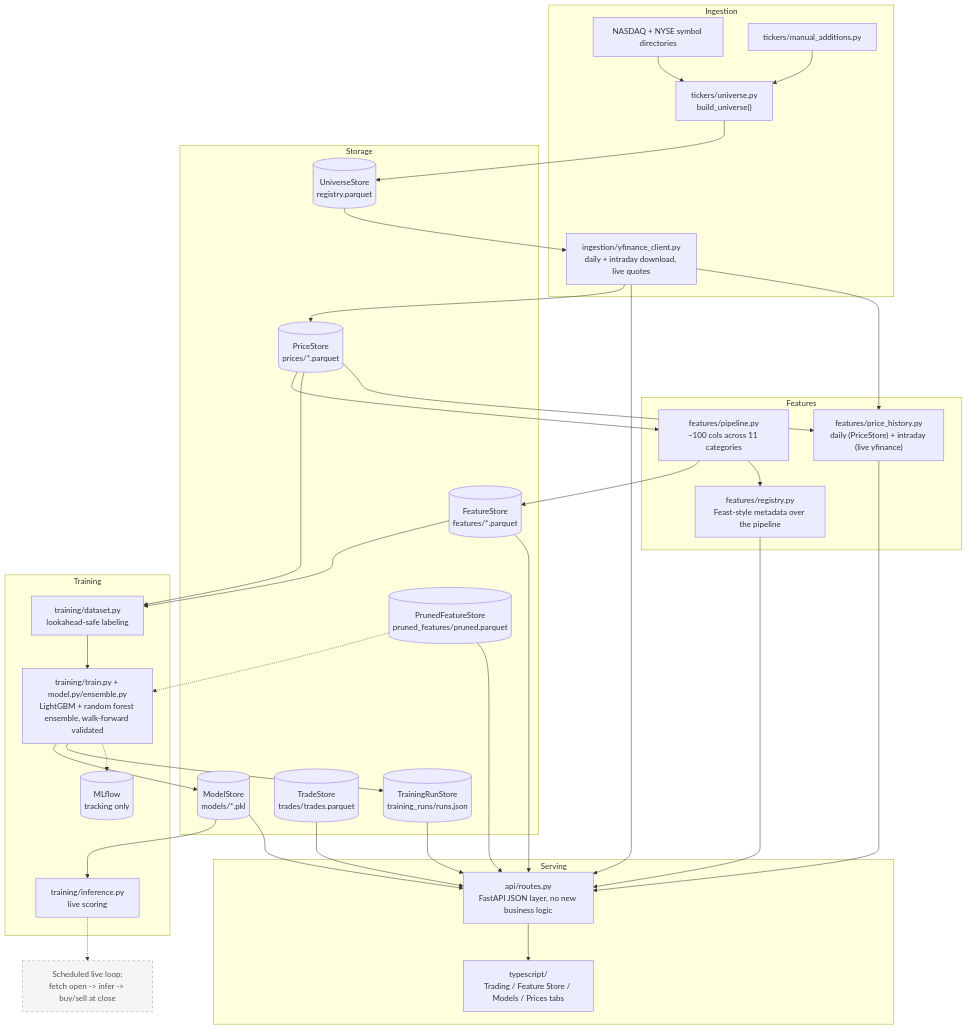
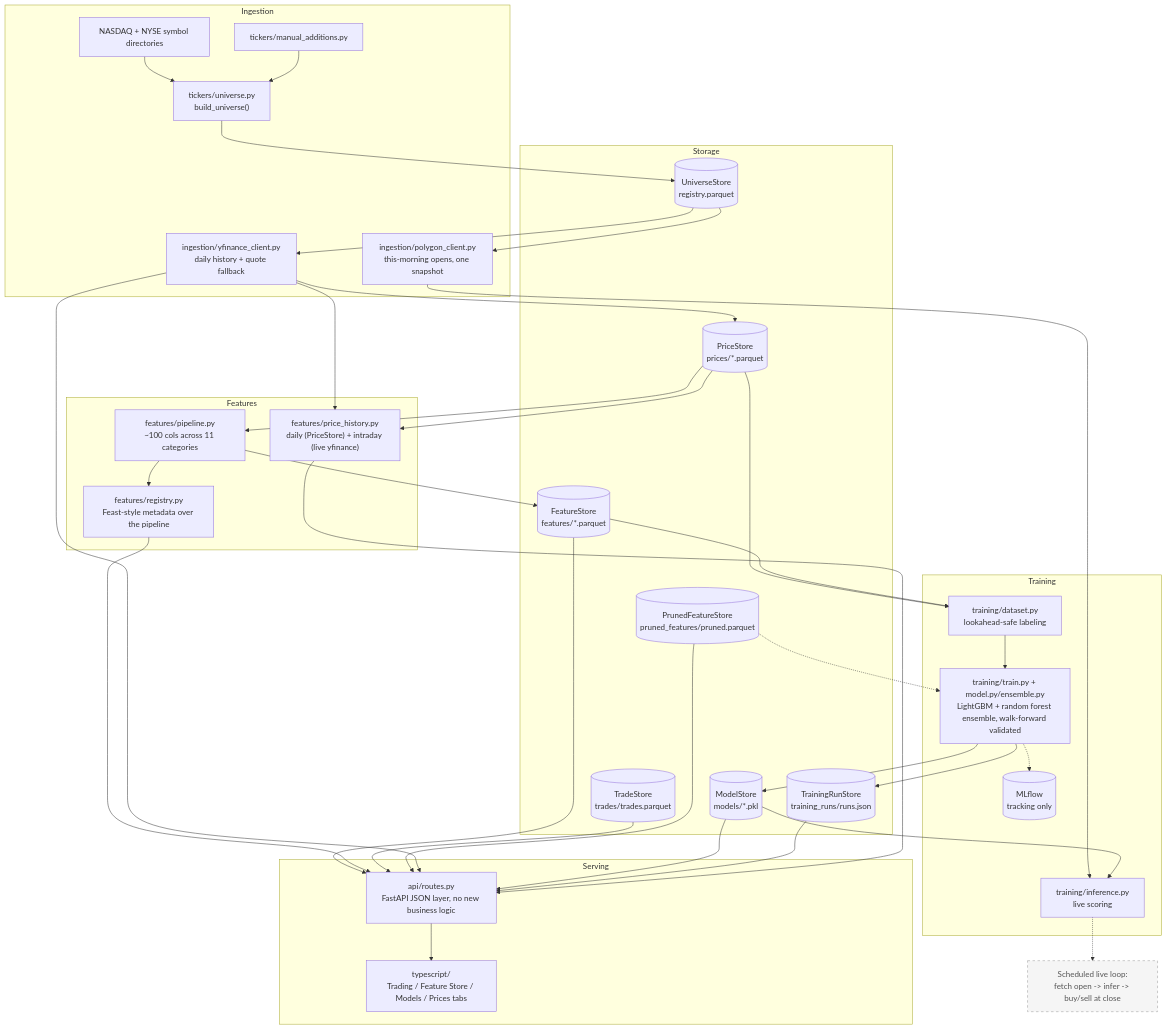
One commit to fartzy/stock-picker changed the diagram in README.md. Above: the diagram before and after it, drawn with Mermaid. The commit also changed other lines of this file and 4070 other files, not shown here.

````diff
--- a/README.md
+++ b/README.md
@@ -14,71 +16,74 @@
 ```mermaid
 flowchart TB
     subgraph Ingestion
         WIKI["NASDAQ + NYSE symbol directories"]
         MANUAL["tickers/manual_additions.py"]
         BUILDUNIV["tickers/universe.py<br/>build_universe()"]
-        YF["ingestion/yfinance_client.py<br/>daily + intraday download, live quotes"]
+        YF["ingestion/yfinance_client.py<br/>daily history + quote fallback"]
+        POLY["ingestion/polygon_client.py<br/>this-morning opens, one snapshot"]
     end
 
     subgraph Storage
         US[("UniverseStore<br/>registry.parquet")]
         PS[("PriceStore<br/>prices/*.parquet")]
         FS[("FeatureStore<br/>features/*.parquet")]
         MS[("ModelStore<br/>models/*.pkl")]
         TS[("TradeStore<br/>trades/trades.parquet")]
         PFS[("PrunedFeatureStore<br/>pruned_features/pruned.parquet")]
         TRS[("TrainingRunStore<br/>training_runs/runs.json")]
     end
 
     subgraph Features
         FEATPIPE["features/pipeline.py<br/>~100 cols across 11 categories"]
         REGISTRY["features/registry.py<br/>Feast-style metadata over the pipeline"]
         PRICEHIST["features/price_history.py<br/>daily (PriceStore) + intraday (live yfinance)"]
     end
 
     subgraph Training
         DATASET["training/dataset.py<br/>lookahead-safe labeling"]
         TRAIN["training/train.py + model.py/ensemble.py<br/>LightGBM + random forest ensemble, walk-forward validated"]
         INFER["training/inference.py<br/>live scoring"]
         MLFLOW[("MLflow<br/>tracking only")]
     end
 
     subgraph Serving
         API["api/routes.py<br/>FastAPI JSON layer, no new business logic"]
         WEB["typescript/<br/>Trading / Feature Store / Models / Prices tabs"]
     end
 
     LIVE["Scheduled live loop:<br/>fetch open -> infer -> buy/sell at close"]
 
     WIKI --> BUILDUNIV
     MANUAL --> BUILDUNIV
     BUILDUNIV --> US
     US --> YF
+    US --> POLY
+    POLY --> INFER
     YF --> PS
     PS --> FEATPIPE
     FEATPIPE --> FS
     PS --> DATASET
     FS --> DATASET
     DATASET --> TRAIN
     TRAIN --> MS
     TRAIN --> TRS
     TRAIN -.-> MLFLOW
     MS --> INFER
     PFS -.-> TRAIN
     FEATPIPE --> REGISTRY
     FS --> API
     REGISTRY --> API
     TS --> API
     PFS --> API
     YF --> API
     MS --> API
     TRS --> API
     PS --> PRICEHIST
     YF --> PRICEHIST
     PRICEHIST --> API
     API --> WEB
     INFER -.-> LIVE
 
     classDef planned stroke-dasharray: 5 5,fill:#f5f5f5,stroke:#999,color:#555;
     class LIVE planned;
 ```
````
